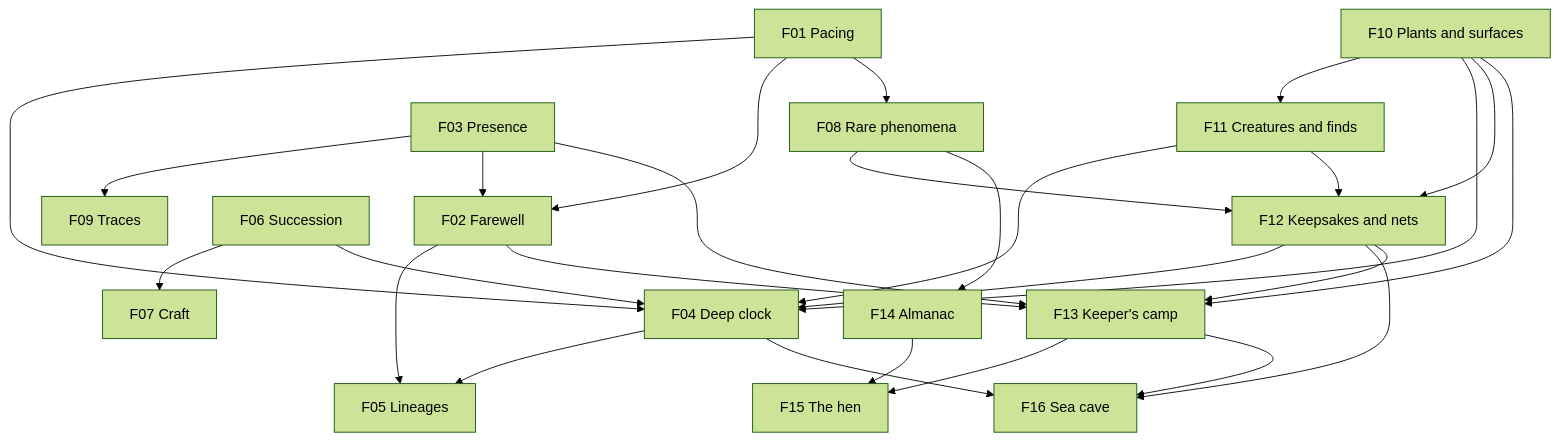
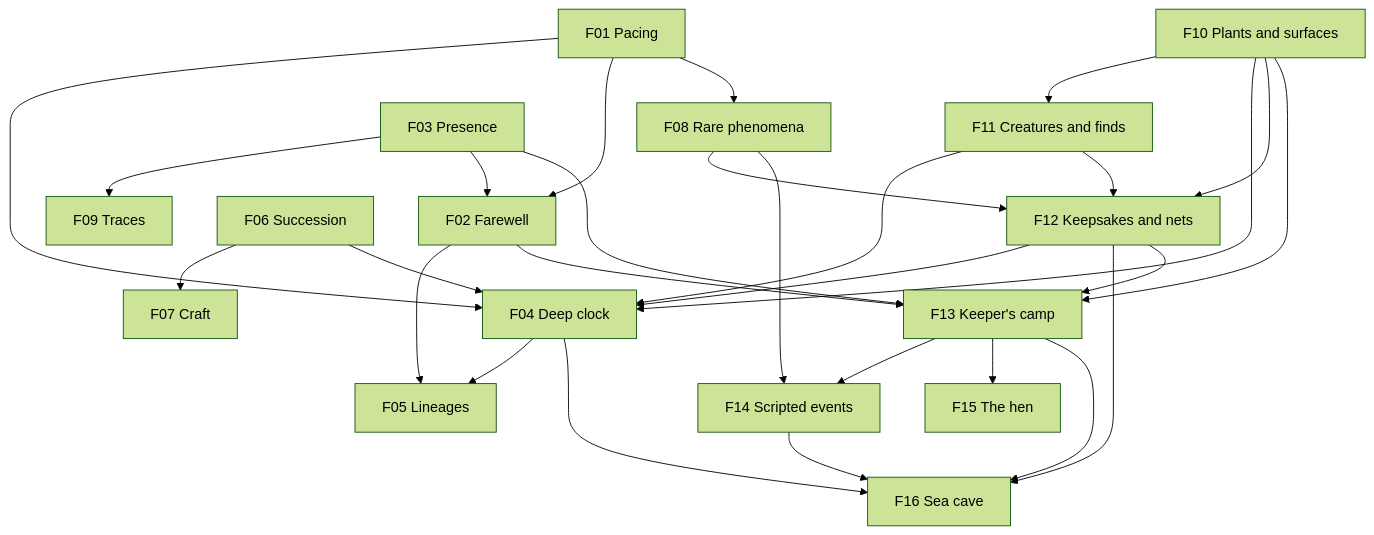
Before and after one commit to mshomper/ebb: the diagram in docs/future/README.md, drawn with Mermaid (forest theme). The commit also changed other lines of this file and 5 other files, not shown here.

First line of the commit message:
Ideas: F14 becomes scripted events, F16 the cave and the Hollow

````diff
--- a/docs/future/README.md
+++ b/docs/future/README.md
@@ -37,29 +37,30 @@
 ```mermaid
 flowchart TB
   F01[F01 Pacing] --> F04[F04 Deep clock]
   F01 --> F02[F02 Farewell]
   F01 --> F08[F08 Rare phenomena]
   F04 --> F05[F05 Lineages]
   F02 --> F05
   F03[F03 Presence] --> F09[F09 Traces]
   F03 --> F02
   F06[F06 Succession] --> F07[F07 Craft]
   F06 --> F04
   F10[F10 Plants and surfaces] --> F11[F11 Creatures and finds]
   F10 --> F04
   F11 --> F04
   F10 --> F12[F12 Keepsakes and nets]
   F11 --> F12
   F08 --> F12
   F12 --> F04
-  F08 --> F14[F14 Almanac]
+  F08 --> F14[F14 Scripted events]
+  F13 --> F14
   F13 --> F15[F15 The hen]
-  F14 --> F15
+  F14 --> F16
   F12 --> F16[F16 Sea cave]
   F13 --> F16
   F04 --> F16
   F03 --> F13[F13 Keeper's camp]
   F02 --> F13
   F10 --> F13
   F12 --> F13
 ```
````
